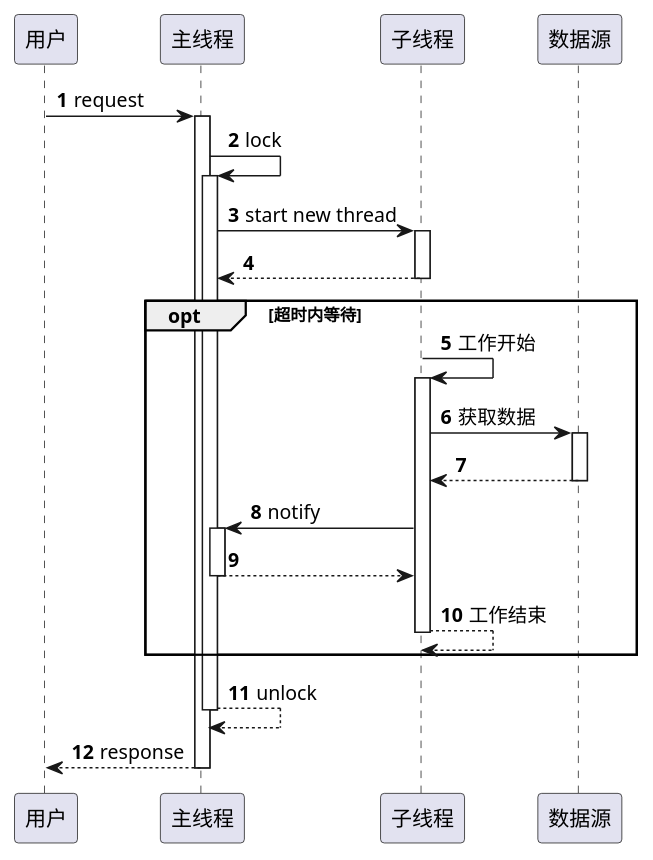
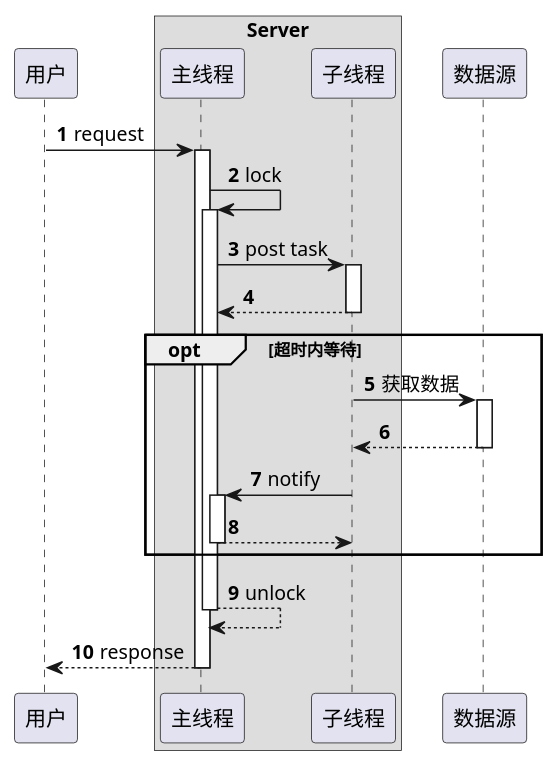
Before and after one commit to Soybeany/bd-cachev2: the diagram in src/main/resources/uml/用户请求工作时序图.puml, drawn with PlantUML.

Commit message:
优化“用户请求工作时序图”

```diff
--- a/src/main/resources/uml/用户请求工作时序图.puml
+++ b/src/main/resources/uml/用户请求工作时序图.puml
@@ -1,28 +1,31 @@
 @startuml
 'https://plantuml.com/sequence-diagram
 
 autonumber
 
+participant 用户
+box Server
+    participant 主线程
+    participant 子线程
+end box
+participant 数据源
+
 用户 -> 主线程 ++: request
 
 主线程 -> 主线程 ++: lock
 
-主线程 -> 子线程 ++: start new thread
+主线程 -> 子线程 ++: post task
 return
 
 opt 超时内等待
-    子线程 -> 子线程 ++: 工作开始
-
     子线程 -> 数据源 ++: 获取数据
     return
 
     子线程 -> 主线程 ++: notify
     return
-
-    return 工作结束
 end
 
 return unlock
 
 return response
 @enduml
```
